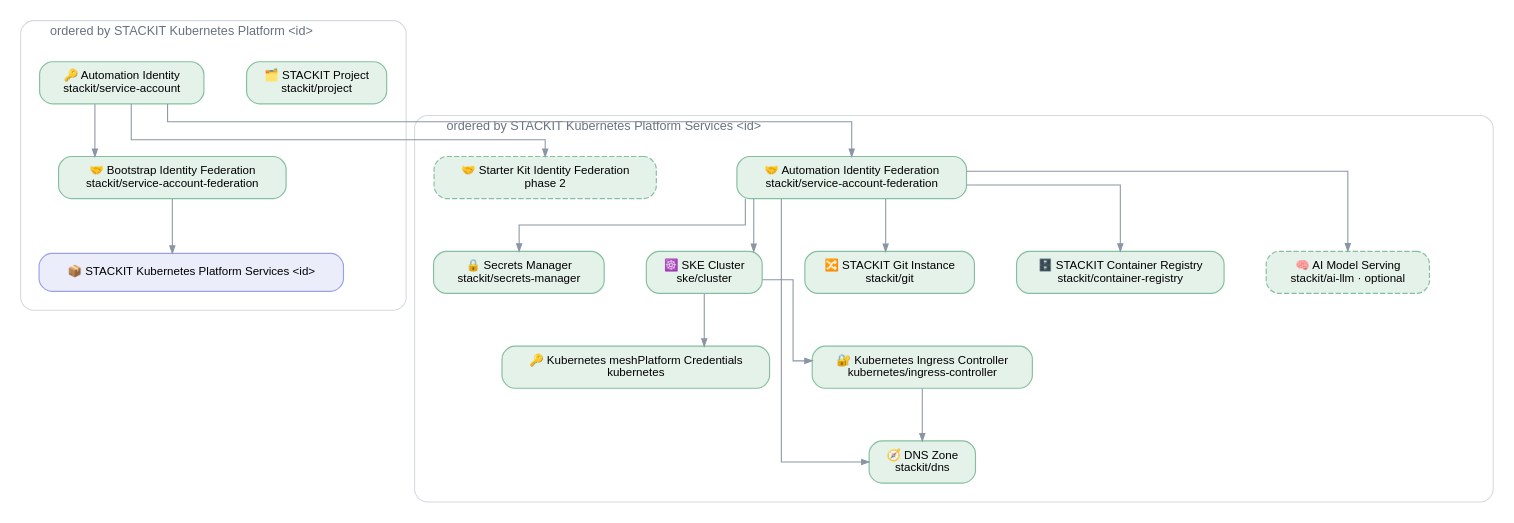
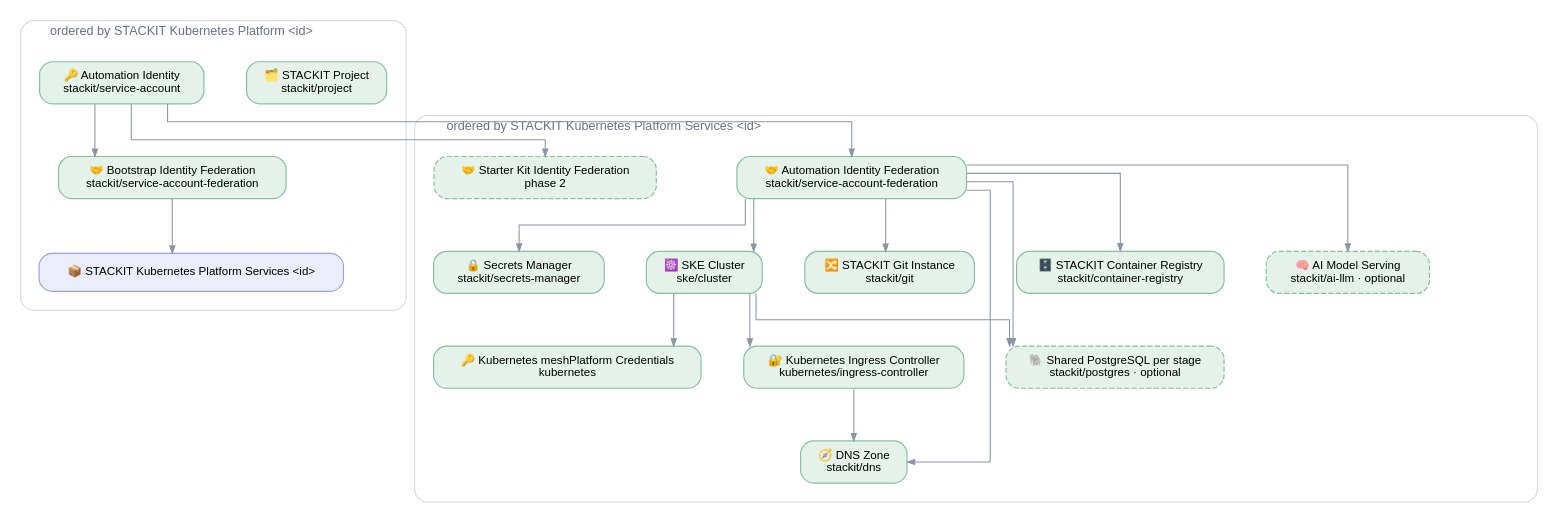
Before and after one commit to meshcloud/meshstack-hub: the diagram in reference-architectures/stackit-kubernetes/stackit-kubernetes-building-blocks.dot, drawn with Graphviz. The commit also changed 20 other files, not shown here.

First line of the commit message:
feat(ref-arch/stackit-kubernetes): offer a shared PostgreSQL instance per stage

```diff
--- a/reference-architectures/stackit-kubernetes/stackit-kubernetes-building-blocks.dot
+++ b/reference-architectures/stackit-kubernetes/stackit-kubernetes-building-blocks.dot
@@ -1,66 +1,69 @@
 /*
  * Building blocks of the STACKIT Kubernetes Platform, with their parents as meshPanel shows them.
  * Every box is a building block and every arrow points from parent to child; the frames show which
  * run orders the boxes inside them.
  * Conventions: .agents/references/diagrams.md — render with: task diagrams
  */
 digraph stackit_kubernetes_building_blocks {
   rankdir=TB
   splines=ortho
   bgcolor="white"
   nodesep=0.55
   ranksep=0.7
 
   node [shape=box style="rounded,filled" fontname="Helvetica" fontsize=11
         fillcolor="#e5f2ea" color="#85bfa0" penwidth=1.1 margin="0.20,0.11"]
   edge [color="#8b95a3" arrowsize=0.7]
 
   subgraph cluster_outer {
     label="  ordered by STACKIT Kubernetes Platform <id>"
     labeljust=l
     fontname="Helvetica" fontsize=12 fontcolor="#697180"
     style="rounded" color="#d5dae0"
     margin=18
 
     PRJ   [label="🗂️ STACKIT Project\nstackit/project"]
     SA    [label="🔑 Automation Identity\nstackit/service-account"]
     BOOT  [label="🤝 Bootstrap Identity Federation\nstackit/service-account-federation"]
     SVC   [label="📦 STACKIT Kubernetes Platform Services <id>" fillcolor="#ecedfb" color="#9aa2e6"]
   }
 
   subgraph cluster_platform {
     label="  ordered by STACKIT Kubernetes Platform Services <id>"
     labeljust=l
     fontname="Helvetica" fontsize=12 fontcolor="#697180"
     style="rounded" color="#d5dae0"
     margin=18
 
     FED     [label="🤝 Automation Identity Federation\nstackit/service-account-federation"]
     SKFED   [label="🤝 Starter Kit Identity Federation\nphase 2" style="rounded,filled,dashed"]
     SM      [label="🔒 Secrets Manager\nstackit/secrets-manager"]
     CLUSTER [label="☸️ SKE Cluster\nske/cluster"]
     GIT     [label="🔀 STACKIT Git Instance\nstackit/git"]
     REG     [label="🗄️ STACKIT Container Registry\nstackit/container-registry"]
     AI      [label="🧠 AI Model Serving\nstackit/ai-llm · optional" style="rounded,filled,dashed"]
+    PG      [label="🐘 Shared PostgreSQL per stage\nstackit/postgres · optional" style="rounded,filled,dashed"]
     CREDS   [label="🔑 Kubernetes meshPlatform Credentials\nkubernetes"]
     ING     [label="🔐 Kubernetes Ingress Controller\nkubernetes/ingress-controller"]
     DNS     [label="🧭 DNS Zone\nstackit/dns"]
 
     { rank=same; SM -> CLUSTER -> GIT -> REG -> AI [style=invis] }
-    { rank=same; CREDS -> ING [style=invis] }
+    { rank=same; CREDS -> ING -> PG [style=invis] }
   }
 
   SA      -> BOOT
   BOOT    -> SVC
   SA      -> FED
   SA      -> SKFED
   FED     -> SM
   FED     -> CLUSTER
   FED     -> GIT
   FED     -> REG
   FED     -> AI
   CLUSTER -> CREDS
   CLUSTER -> ING
+  CLUSTER -> PG
+  FED     -> PG [constraint=false]
   ING     -> DNS
   FED     -> DNS [constraint=false]
 }
```
